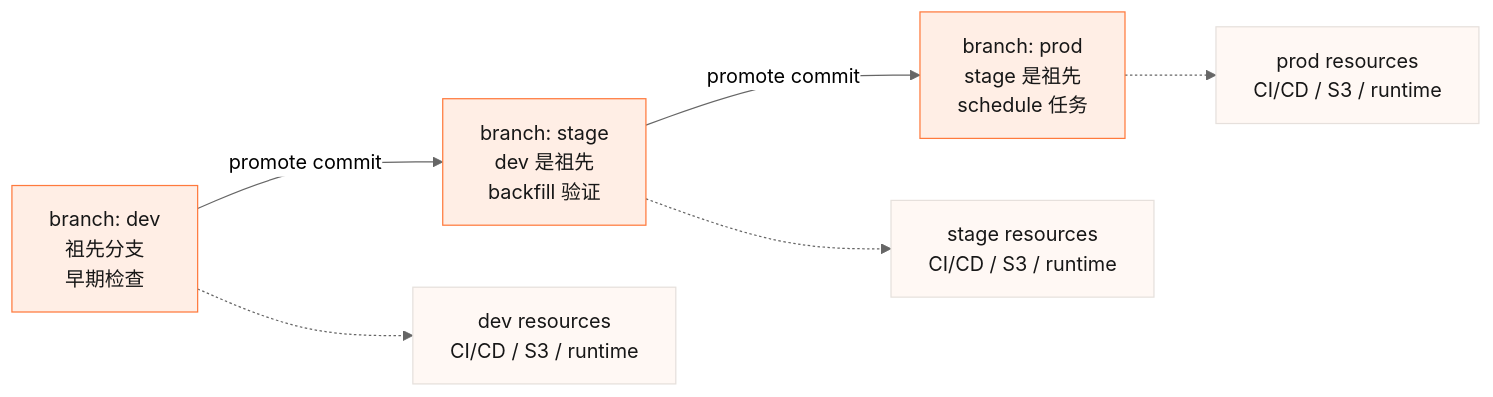
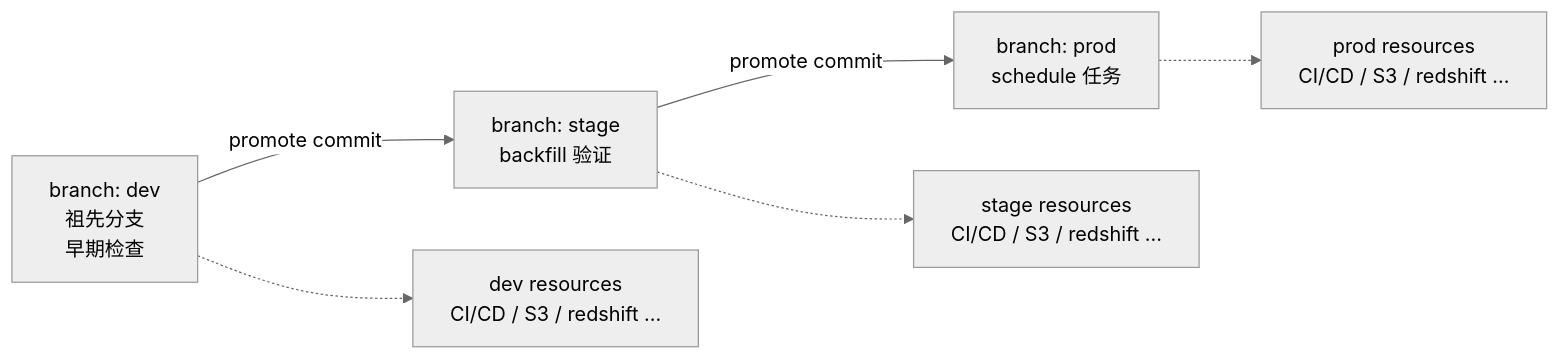
Before and after one commit to tihaya-anon/reporting: the diagram in reports/data-agent/diagrams/environment-boundary.mmd, drawn with Mermaid (neutral theme). The commit also changed 18 other files, not shown here.

```diff
--- a/reports/data-agent/diagrams/environment-boundary.mmd
+++ b/reports/data-agent/diagrams/environment-boundary.mmd
@@ -1,11 +1,7 @@
 flowchart LR
-  Dev["branch: dev<br/>祖先分支<br/>早期检查"] -->|"promote commit"| Stage["branch: stage<br/>dev 是祖先<br/>backfill 验证"]
-  Stage -->|"promote commit"| Prod["branch: prod<br/>stage 是祖先<br/>schedule 任务"]
+  Dev["branch: dev<br/>祖先分支<br/>早期检查"] -->|"promote commit"| Stage["branch: stage<br/>backfill 验证"]
+  Stage -->|"promote commit"| Prod["branch: prod<br/>schedule 任务"]
 
-  Dev -.-> DevRes["dev resources<br/>CI/CD / S3 / runtime"]
-  Stage -.-> StageRes["stage resources<br/>CI/CD / S3 / runtime"]
-  Prod -.-> ProdRes["prod resources<br/>CI/CD / S3 / runtime"]
-
-  classDef default fill:#FFEEE5,stroke:#FF7A3D,color:#171717,stroke-width:1px;
-  classDef muted fill:#FFF8F4,stroke:#E6E0DC,color:#171717,stroke-width:1px;
-  class DevRes,StageRes,ProdRes muted;
+  Dev -.-> DevRes["dev resources<br/>CI/CD / S3 / redshift ..."]
+  Stage -.-> StageRes["stage resources<br/>CI/CD / S3 / redshift ..."]
+  Prod -.-> ProdRes["prod resources<br/>CI/CD / S3 / redshift ..."]
```
